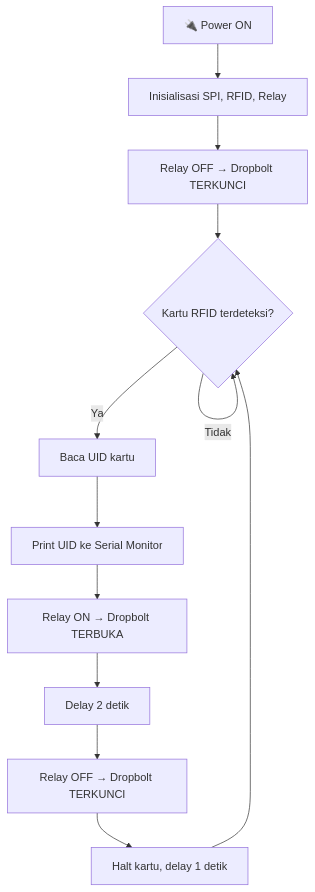
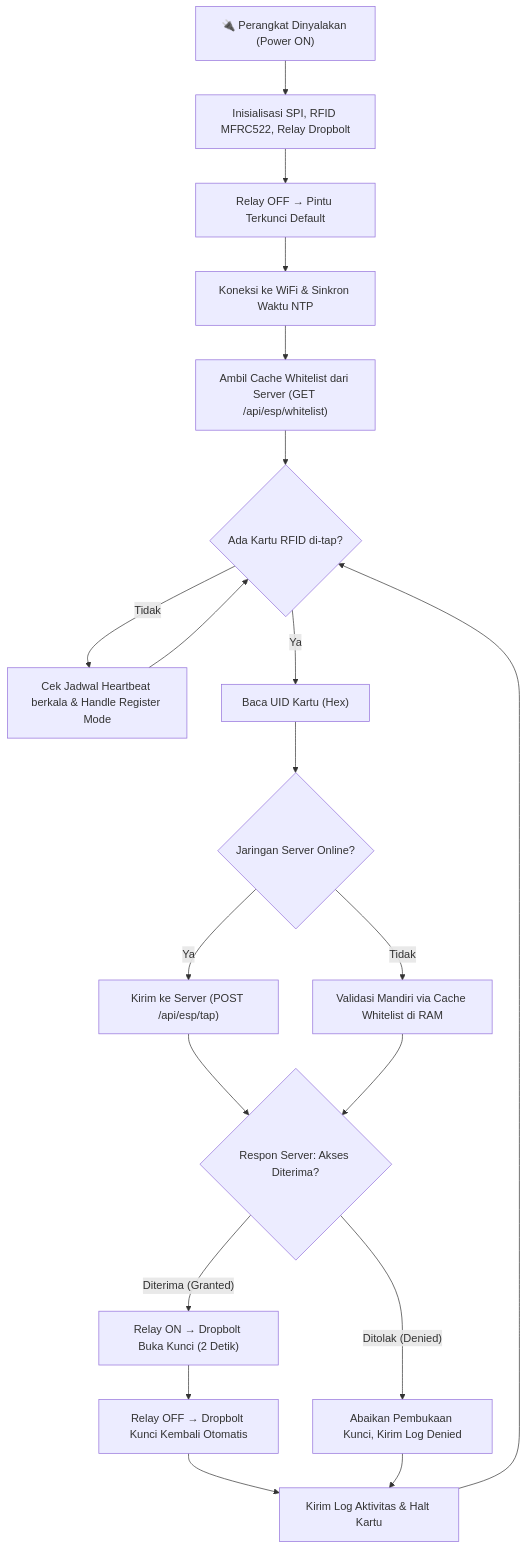
One commit to Kyz-Riki/web-IoT-access-controll changed the second of 2 diagrams in SKEMA_PROJECT.md. Above: the diagram before and after it, drawn with Mermaid. The commit also changed other lines of this file and 23 other files, not shown here.

````diff
--- a/SKEMA_PROJECT.md
+++ b/SKEMA_PROJECT.md
@@ -128,14 +134,28 @@
 ```mermaid
 flowchart TD
-    A["🔌 Power ON"] --> B["Inisialisasi SPI, RFID, Relay"]
-    B --> C["Relay OFF → Dropbolt TERKUNCI"]
-    C --> D{"Kartu RFID terdeteksi?"}
-    D -- Tidak --> D
-    D -- Ya --> E["Baca UID kartu"]
-    E --> F["Print UID ke Serial Monitor"]
-    F --> G["Relay ON → Dropbolt TERBUKA"]
-    G --> H["Delay 2 detik"]
-    H --> I["Relay OFF → Dropbolt TERKUNCI"]
-    I --> J["Halt kartu, delay 1 detik"]
-    J --> D
+    A["🔌 Perangkat Dinyalakan (Power ON)"] --> B["Inisialisasi SPI, RFID MFRC522, Relay Dropbolt"]
+    B --> C["Relay OFF → Pintu Terkunci Default"]
+    C --> D["Koneksi ke WiFi & Sinkron Waktu NTP"]
+    D --> E["Ambil Cache Whitelist dari Server (GET /api/esp/whitelist)"]
+    
+    E --> F{"Ada Kartu RFID di-tap?"}
+    F -- Tidak --> G["Cek Jadwal Heartbeat berkala & Handle Register Mode"]
+    G --> F
+    
+    F -- Ya --> H["Baca UID Kartu (Hex)"]
+    H --> I{"Jaringan Server Online?"}
+    
+    I -- Ya --> J["Kirim ke Server (POST /api/esp/tap)"]
+    J --> K{"Respon Server: Akses Diterima?"}
+    
+    I -- Tidak --> L["Validasi Mandiri via Cache Whitelist di RAM"]
+    L --> K
+    
+    K -- Diterima (Granted) --> M["Relay ON → Dropbolt Buka Kunci (2 Detik)"]
+    M --> N["Relay OFF → Dropbolt Kunci Kembali Otomatis"]
+    N --> O["Kirim Log Aktivitas & Halt Kartu"]
+    
+    K -- Ditolak (Denied) --> P["Abaikan Pembukaan Kunci, Kirim Log Denied"]
+    P --> O
+    O --> F
 ```
````
